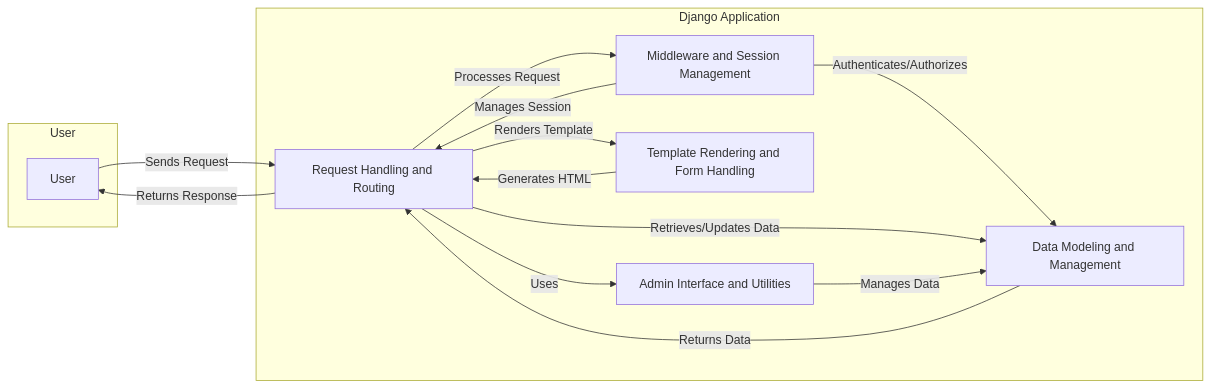
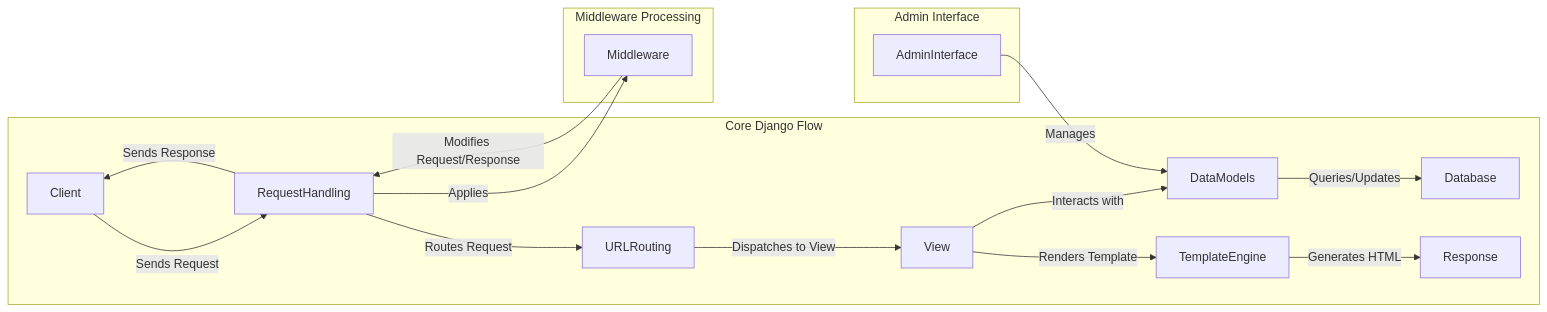
One commit to CodeBoarding/GeneratedOnBoardings changed the diagram in django/on_boarding.md. Above: the diagram before and after it, drawn with Mermaid. The commit also changed other lines of this file, not shown here.

Commit message:
Uploading onboarding materials for django

````diff
--- a/django/on_boarding.md
+++ b/django/on_boarding.md
@@ -9,26 +9,22 @@
 ```mermaid
 graph LR
-    subgraph User
-        A[User]
+    subgraph Core Django Flow
+    Client--Sends Request-->RequestHandling
+    RequestHandling--Routes Request-->URLRouting
+    URLRouting--Dispatches to View-->View
+    View--Interacts with-->DataModels
+    DataModels--Queries/Updates-->Database
+    View--Renders Template-->TemplateEngine
+    TemplateEngine--Generates HTML-->Response
+    RequestHandling--Sends Response-->Client
     end
 
-    subgraph Django Application
-        B[Request Handling and Routing]
-        C[Middleware and Session Management]
-        D[Data Modeling and Management]
-        E[Template Rendering and Form Handling]
-        F[Admin Interface and Utilities]
+    subgraph Middleware Processing
+    RequestHandling--Applies-->Middleware
+    Middleware--Modifies Request/Response-->RequestHandling
     end
 
-    A--Sends Request-->B
-    B--Processes Request-->C
-    C--Authenticates/Authorizes-->D
-    C--Manages Session-->B
-    B--Retrieves/Updates Data-->D
-    D--Returns Data-->B
-    B--Renders Template-->E
-    E--Generates HTML-->B
-    B--Returns Response-->A
-    B--Uses-->F
-    F--Manages Data-->D
+    subgraph Admin Interface
+    AdminInterface--Manages-->DataModels
+    end
 ```
````
